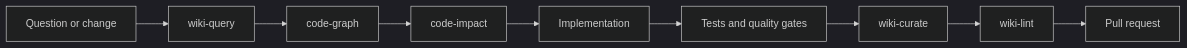
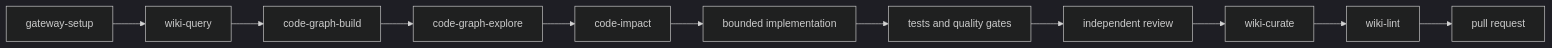
The diagram in docs/agent-skills.md (fszalaj/knowledge-gateway), drawn with Mermaid (dark theme) before and after one commit. The commit also changed other lines of this file and 29 other files, not shown here.

````diff
--- a/docs/agent-skills.md
+++ b/docs/agent-skills.md
@@ -28,11 +98,13 @@
 ```mermaid
 flowchart LR
-    Q[Question or change] --> WQ[wiki-query]
-    WQ --> CG[code-graph]
-    CG --> CI[code-impact]
-    CI --> I[Implementation]
-    I --> V[Tests and quality gates]
-    V --> WC[wiki-curate]
+    S[gateway-setup] --> WQ[wiki-query]
+    WQ --> CGB[code-graph-build]
+    CGB --> CGE[code-graph-explore]
+    CGE --> CI[code-impact]
+    CI --> I[bounded implementation]
+    I --> V[tests and quality gates]
+    V --> R[independent review]
+    R --> WC[wiki-curate]
     WC --> WL[wiki-lint]
-    WL --> PR[Pull request]
+    WL --> PR[pull request]
 ```
````
